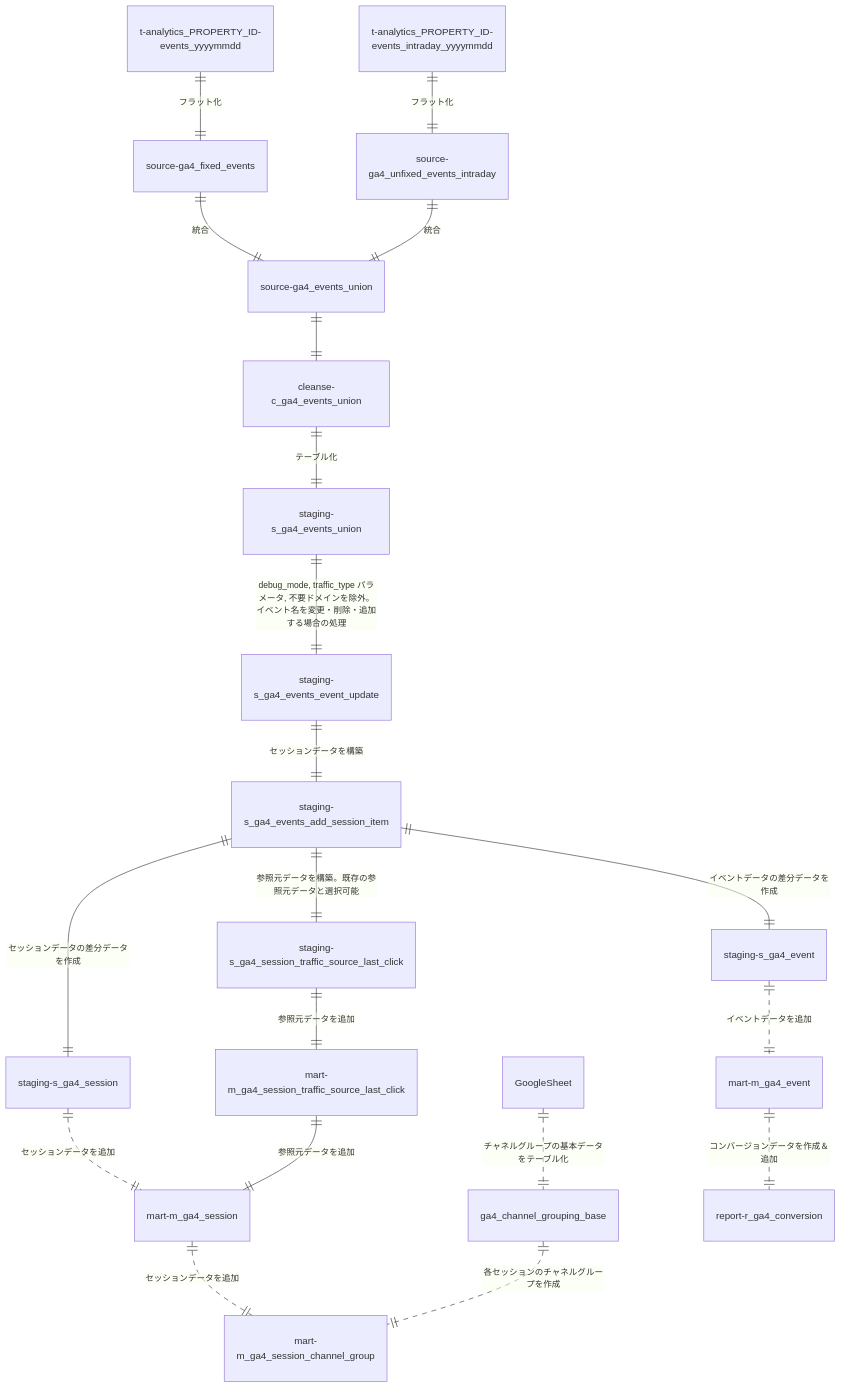
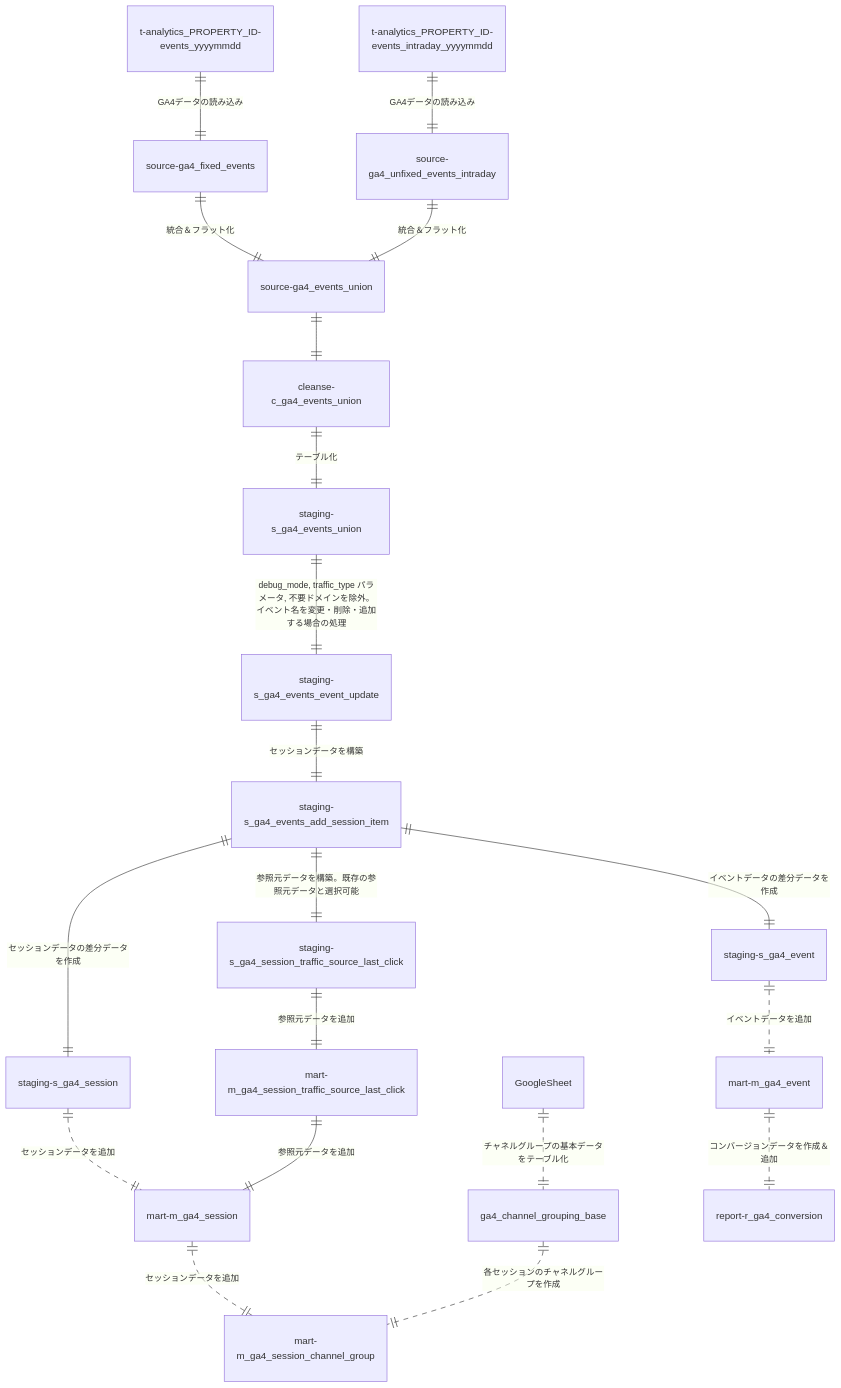
Before and after one commit to MondayTiger/molts_ga4: the diagram in README.md, drawn with Mermaid. The commit also changed 7 other files, not shown here.

````diff
--- a/README.md
+++ b/README.md
@@ -46,41 +46,41 @@
 ```mermaid
 erDiagram
 		%% GA4のイベントデータからソースデータを構築
-    t-analytics_PROPERTY_ID-events_yyyymmdd ||--|| source-ga4_fixed_events : "フラット化"
-    t-analytics_PROPERTY_ID-events_intraday_yyyymmdd ||--|| source-ga4_unfixed_events_intraday : "フラット化"
-    source-ga4_fixed_events ||--|| source-ga4_events_union : "統合"
-    source-ga4_unfixed_events_intraday ||--|| source-ga4_events_union : "統合"
+    t-analytics_PROPERTY_ID-events_yyyymmdd ||--|| source-ga4_fixed_events : "GA4データの読み込み"
+    t-analytics_PROPERTY_ID-events_intraday_yyyymmdd ||--|| source-ga4_unfixed_events_intraday : "GA4データの読み込み"
+    source-ga4_fixed_events ||--|| source-ga4_events_union : "統合＆フラット化"
+    source-ga4_unfixed_events_intraday ||--|| source-ga4_events_union : "統合＆フラット化"
 
 		%% ソースデータをクレンジング
     source-ga4_events_union ||--|| cleanse-c_ga4_events_union : ""
 
 		%% クレンジングしたデータ量が多すぎるのと、後続の処理が複雑でBigQuery上で処理できないため、テーブル化
     cleanse-c_ga4_events_union ||--|| staging-s_ga4_events_union : "テーブル化"
 
 		%% 内部アクセスを除外、イベント名を変更・削除・追加する場合の処理
     staging-s_ga4_events_union ||--|| staging-s_ga4_events_event_update : "debug_mode, traffic_type パラメータ, 不要ドメインを除外。イベント名を変更・削除・追加する場合の処理"
 
 		%% 参照元やエンゲージメントなどセッションデータを構築
     staging-s_ga4_events_event_update ||--|| staging-s_ga4_events_add_session_item : "セッションデータを構築"
 
 		%% 各データマートに追加する差分データを構築
     staging-s_ga4_events_add_session_item ||--|| staging-s_ga4_session : "セッションデータの差分データを作成"
     staging-s_ga4_events_add_session_item ||--|| staging-s_ga4_event : "イベントデータの差分データを作成"
 
     %% session_traffic_source_last_clickカラムから参照元データを別途作成
     staging-s_ga4_events_add_session_item ||--|| staging-s_ga4_session_traffic_source_last_click : "参照元データを構築。既存の参照元データと選択可能"
 
 		%% 蓄積済みの各データマートにデータを投入
     staging-s_ga4_event ||..|| mart-m_ga4_event : "イベントデータを追加"
     staging-s_ga4_session ||..|| mart-m_ga4_session : "セッションデータを追加"
     mart-m_ga4_session_traffic_source_last_click ||--|| mart-m_ga4_session : "参照元データを追加" 
     staging-s_ga4_session_traffic_source_last_click ||--|| mart-m_ga4_session_traffic_source_last_click : "参照元データを追加"
 
     %% セッションデータからチャネルグループを各セッションごとに作成
     mart-m_ga4_session ||..|| mart-m_ga4_session_channel_group : "セッションデータを追加"
     GoogleSheet ||..|| ga4_channel_grouping_base : "チャネルグループの基本データをテーブル化"
     ga4_channel_grouping_base ||..|| mart-m_ga4_session_channel_group : "各セッションのチャネルグループを作成"
 
     %% コンバージョン用データマートにデータを投入
     mart-m_ga4_event||..|| report-r_ga4_conversion : "コンバージョンデータを作成＆追加"
 ```
````
